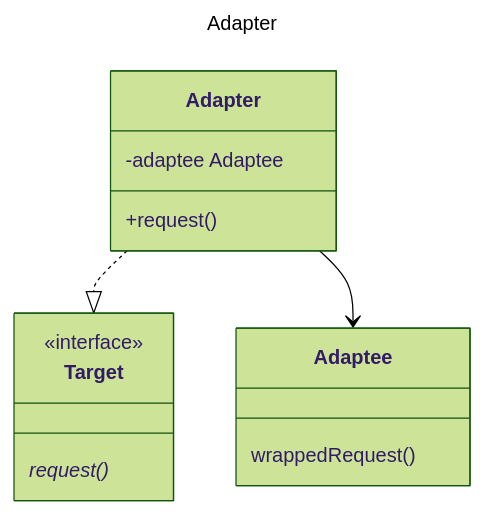
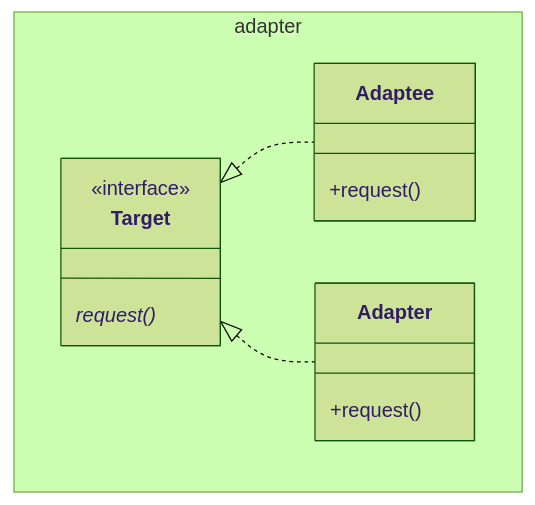
Before and after one commit to mtrigueira/JGoF: the diagram in src/main/java/org/example/gof/structure/adapter/Adapter.md, drawn with Mermaid (forest theme). The commit also changed other lines of this file and 1 other file, not shown here.

Commit message:
Edit Adapter.md add synonyms and related patterns

````diff
--- a/src/main/java/org/example/gof/structure/adapter/Adapter.md
+++ b/src/main/java/org/example/gof/structure/adapter/Adapter.md
@@ -1,20 +5,18 @@
 ```mermaid
----
-title: Adapter
----
 classDiagram
-    class Target {
-        <<interface>>
-        request()*
+    namespace adapter {
+        class Adaptee {
+            +request()
+        }
+        class Adapter {
+            +request()
+        }
+        class Target {
+            <<interface>>
+            request()*
+        }
     }
+    Target <|.. Adaptee
+    Target <|.. Adapter
 
-    class Adaptee {
-        wrappedRequest()
-    }
-    class Adapter {
-        -adaptee Adaptee
-        +request()
-    }
-    Adapter ..|> Target
-    Adapter --> Adaptee
 ```
````
